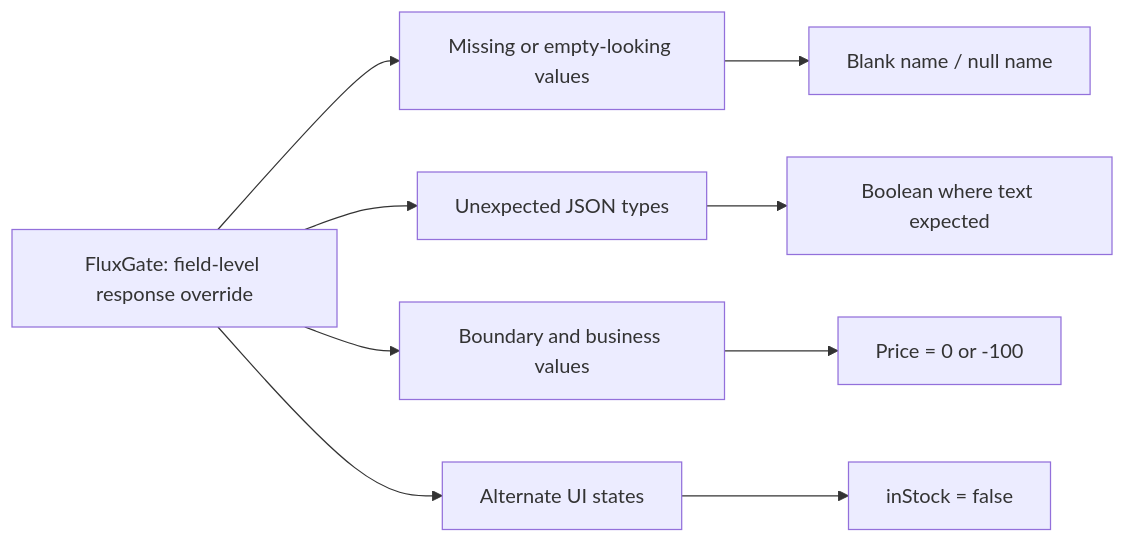
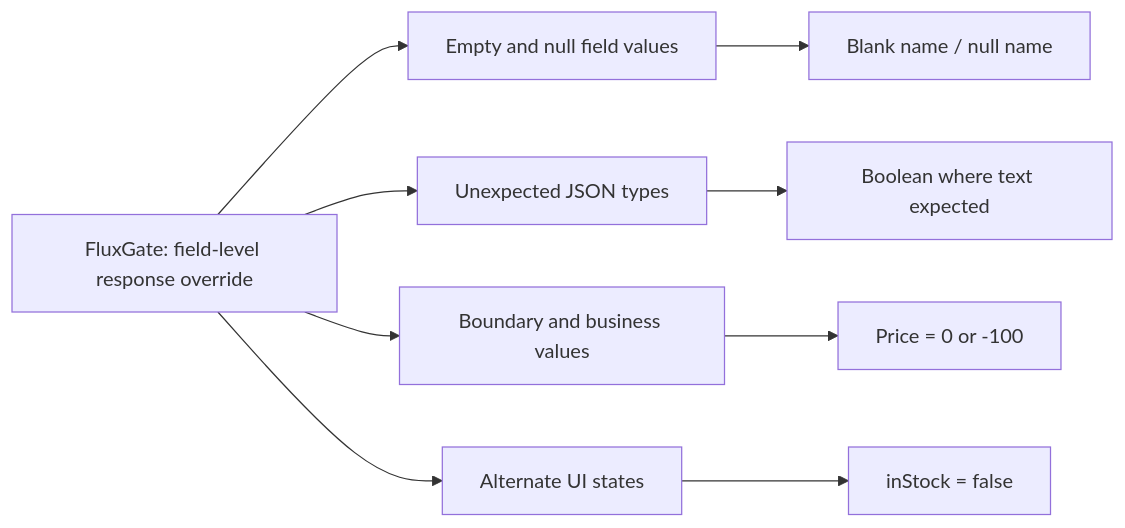
Before and after one commit to RakeshSw/fluxgate: the second of 2 diagrams in README.md, drawn with Mermaid. The commit also changed other lines of this file, not shown here.

````diff
--- a/README.md
+++ b/README.md
@@ -116,12 +124,12 @@
 ```mermaid
 flowchart LR
     F["FluxGate: field-level response override"]
-    F --> EMPTY["Missing or empty-looking values"]
+    F --> EMPTY["Empty and null field values"]
     F --> TYPE["Unexpected JSON types"]
     F --> BOUND["Boundary and business values"]
     F --> FLOW["Alternate UI states"]
     EMPTY --> A["Blank name / null name"]
     TYPE --> B["Boolean where text expected"]
     BOUND --> C["Price = 0 or -100"]
     FLOW --> D["inStock = false"]
 ```
````
